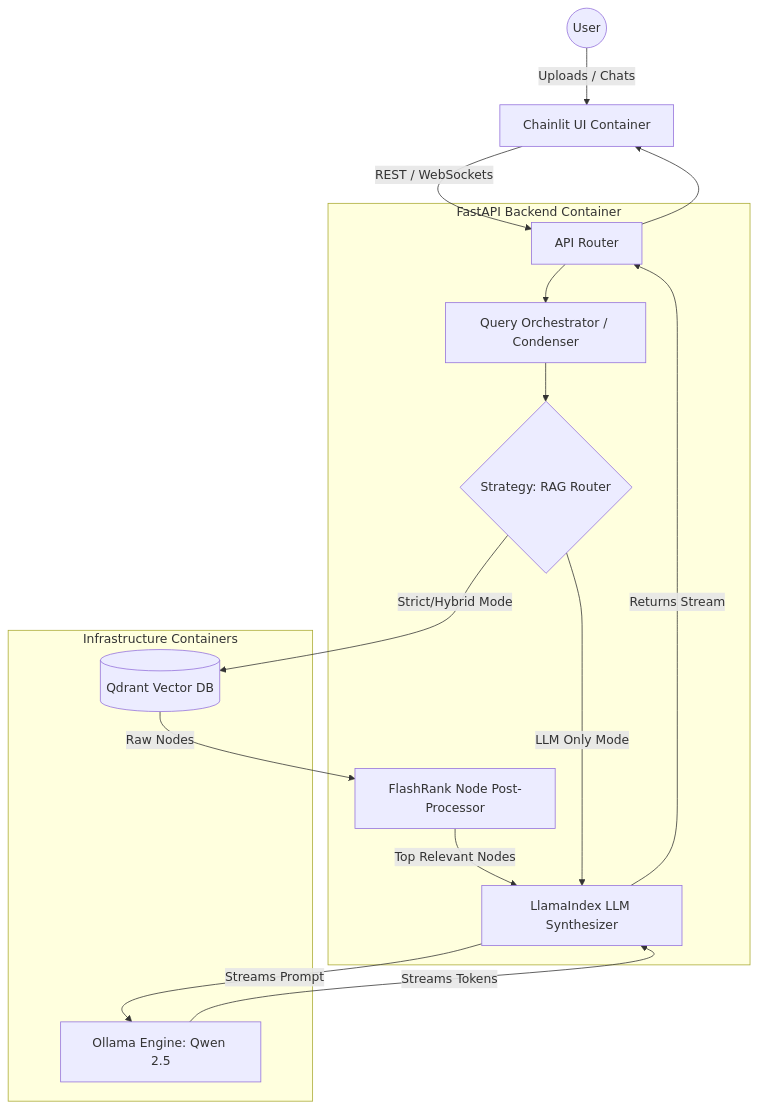
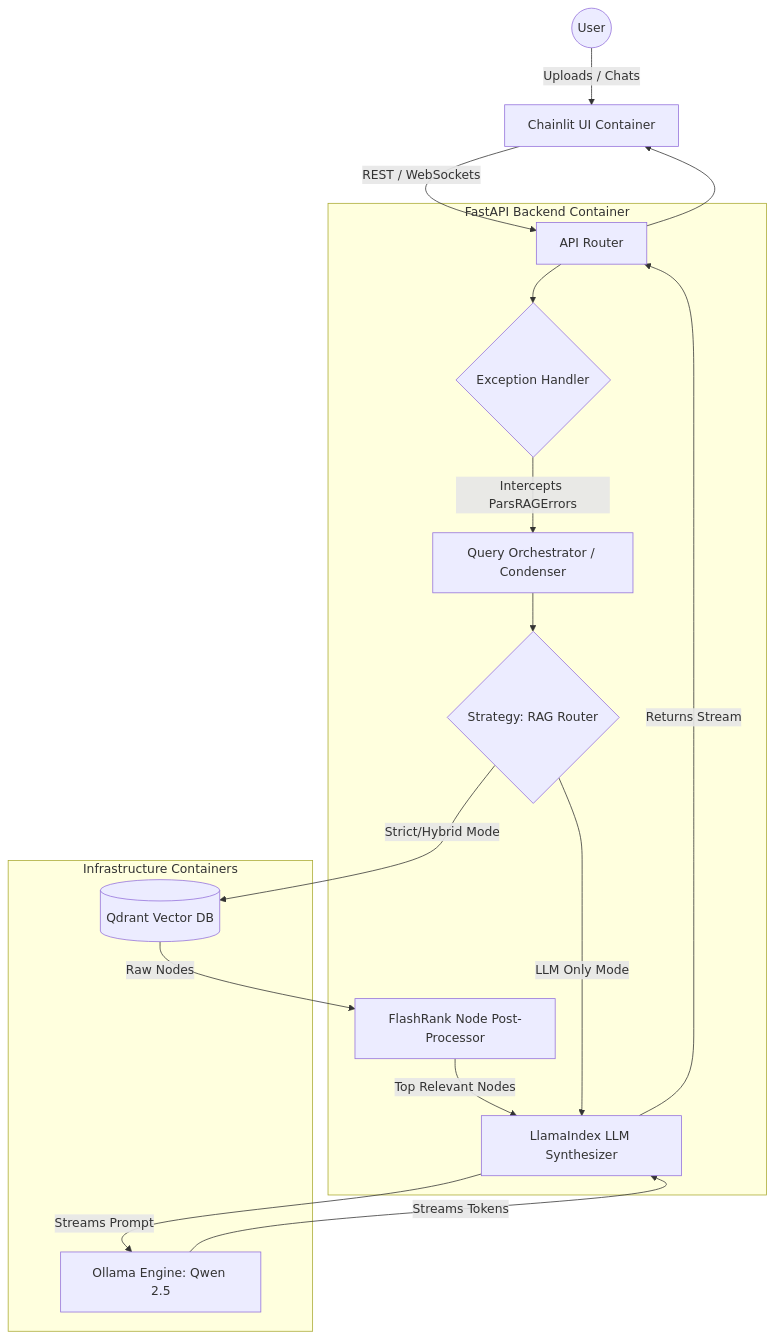
Before and after one commit to Pooria82/ParsRAG: the diagram in .context/02_Architecture_and_Patterns.md, drawn with Mermaid. The commit also changed other lines of this file and 4 other files, not shown here.

Commit message:
docs(context): align architecture records and roadmap

````diff
--- a/.context/02_Architecture_and_Patterns.md
+++ b/.context/02_Architecture_and_Patterns.md
@@ -30,34 +30,36 @@
 ```mermaid
 graph TD
     Client((User)) -->|Uploads / Chats| UI[Chainlit UI Container]
     
     subgraph FastAPI Backend Container
         Router[API Router]
+        ExceptionHandler{Exception Handler}
         QueryPipeline[Query Orchestrator / Condenser]
         RAGRouter{Strategy: RAG Router}
         Reranker[FlashRank Node Post-Processor]
         Generator[LlamaIndex LLM Synthesizer]
     end
     
     subgraph Infrastructure Containers
         VectorDB[(Qdrant Vector DB)]
         Ollama[Ollama Engine: Qwen 2.5]
     end
 
     UI -->|REST / WebSockets| Router
-    Router --> QueryPipeline
+    Router --> ExceptionHandler
+    ExceptionHandler -->|Intercepts ParsRAGErrors| QueryPipeline
     QueryPipeline --> RAGRouter
     
     %% Strict & Hybrid
     RAGRouter -->|Strict/Hybrid Mode| VectorDB
     VectorDB -->|Raw Nodes| Reranker
     Reranker -->|Top Relevant Nodes| Generator
     
     %% LLM Only
     RAGRouter -->|LLM Only Mode| Generator
     
     Generator -->|Streams Prompt| Ollama
     Ollama -->|Streams Tokens| Generator
     Generator -->|Returns Stream| Router
     Router --> UI
 ```
````
